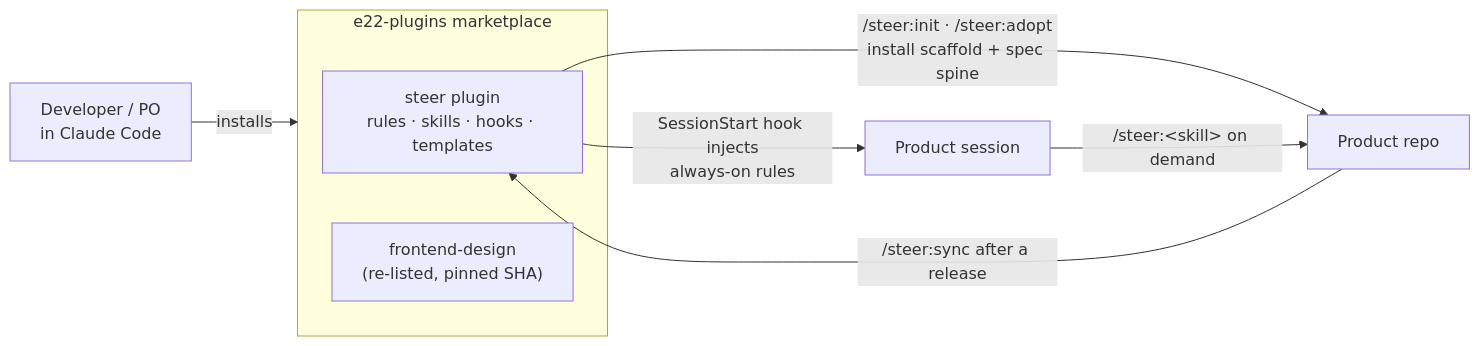
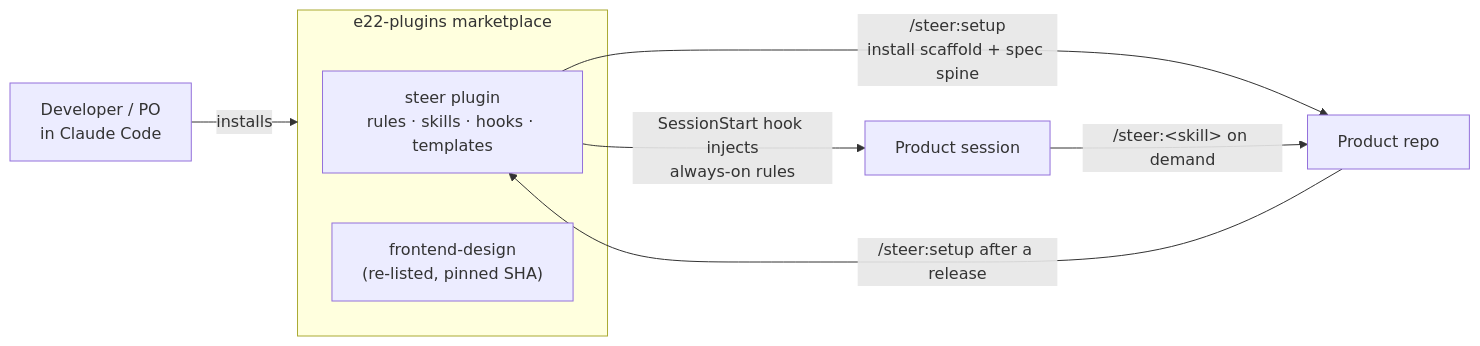
Before and after one commit to element22llc/e22-plugins: the diagram in docs/index.md, drawn with Mermaid. The commit also changed 38 other files, not shown here.

````diff
--- a/docs/index.md
+++ b/docs/index.md
@@ -15,12 +15,12 @@
 ```mermaid
 flowchart LR
     subgraph MP["e22-plugins marketplace"]
       STEER["steer plugin<br/>rules · skills · hooks · templates"]
       FD["frontend-design<br/>(re-listed, pinned SHA)"]
     end
     DEV["Developer / PO<br/>in Claude Code"] -->|installs| MP
     STEER -->|SessionStart hook injects<br/>always-on rules| SESSION["Product session"]
-    STEER -->|/steer:init · /steer:adopt<br/>install scaffold + spec spine| REPO["Product repo"]
+    STEER -->|/steer:setup<br/>install scaffold + spec spine| REPO["Product repo"]
     SESSION -->|/steer:&lt;skill&gt; on demand| REPO
-    REPO -->|/steer:sync after a release| STEER
+    REPO -->|/steer:setup after a release| STEER
 ```
````
